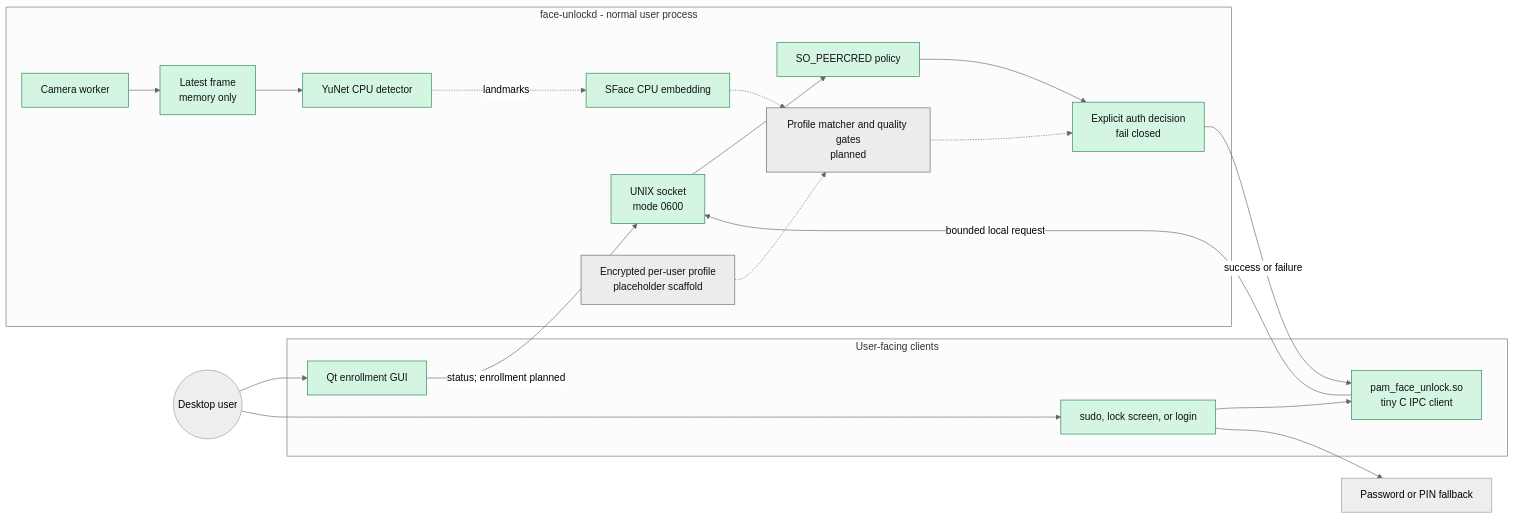
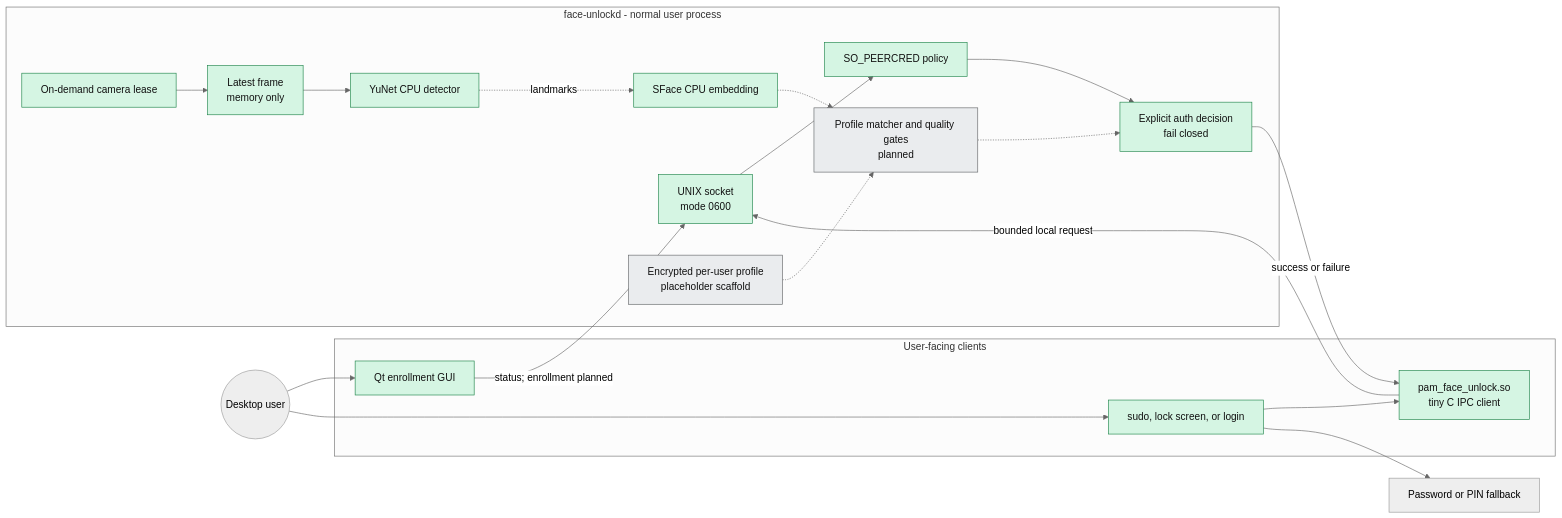
One commit to justneeraj12/face-unlock-linux changed the third of 5 diagrams in README.md. Above: the diagram before and after it, drawn with Mermaid (neutral theme). The commit also changed other lines of this file and 15 other files, not shown here.

Commit message:
Make daemon camera access on demand

````diff
--- a/README.md
+++ b/README.md
@@ -121,47 +121,47 @@
 ```mermaid
 flowchart LR
     User((Desktop user))
     Password["Password or PIN fallback"]
 
     subgraph Clients["User-facing clients"]
         GUI["Qt enrollment GUI"]
         PAMService["sudo, lock screen, or login"]
         PAM["pam_face_unlock.so<br/>tiny C IPC client"]
     end
 
     subgraph Daemon["face-unlockd - normal user process"]
         IPC["UNIX socket<br/>mode 0600"]
         Peer["SO_PEERCRED policy"]
-        Camera["Camera worker"]
+        Camera["On-demand camera lease"]
         Frame["Latest frame<br/>memory only"]
         YuNet["YuNet CPU detector"]
         SFace["SFace CPU embedding"]
         Matcher["Profile matcher and quality gates<br/>planned"]
         Decision["Explicit auth decision<br/>fail closed"]
         Crypto["Encrypted per-user profile<br/>placeholder scaffold"]
     end
 
     User --> GUI
     User --> PAMService
     PAMService --> PAM
     PAM -->|"bounded local request"| IPC
     GUI -->|"status; enrollment planned"| IPC
     IPC --> Peer
     Peer --> Decision
 
     Camera --> Frame
     Frame --> YuNet
     YuNet -.->|"landmarks"| SFace
     SFace -.-> Matcher
     Crypto -.-> Matcher
     Matcher -.-> Decision
 
     Decision -->|"success or failure"| PAM
     PAMService --> Password
 
     classDef implemented fill:#d5f5e3,stroke:#1e8449,color:#111
     classDef planned fill:#eaecee,stroke:#626567,color:#111
 
     class GUI,PAMService,PAM,IPC,Peer,Camera,Frame,YuNet,SFace,Decision implemented
     class Matcher,Crypto planned
 ```
````
